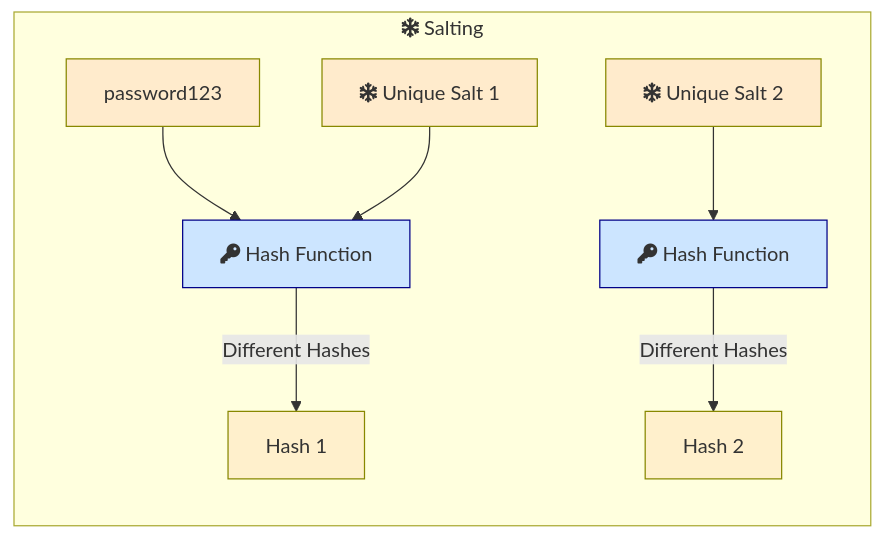
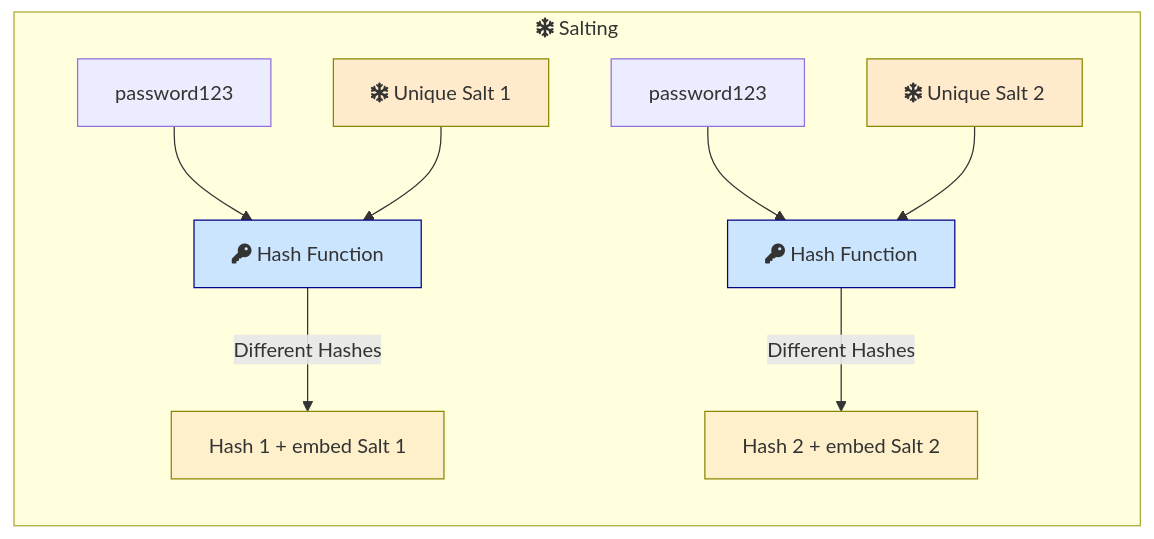
Before and after one commit to kelvin-bz/blog: the fourth of 11 diagrams in _posts/2024-06-30-password-hashing.md, drawn with Mermaid. The commit also changed other lines of this file, not shown here.

````diff
--- a/_posts/2024-06-30-password-hashing.md
+++ b/_posts/2024-06-30-password-hashing.md
@@ -73,23 +73,22 @@
 ```mermaid
 graph LR
 subgraph salting["fa:fa-snowflake Salting"]
     password["password123"]
     salt1["fa:fa-snowflake Unique Salt 1"]
     salt2["fa:fa-snowflake Unique Salt 2"]
 
     password --> hashFunction1["fa:fa-key Hash Function"]
     salt1 --> hashFunction1
-    salt2 --> hashFunction2["fa:fa-key Hash Function"]
+    password1["password123"] & salt2 --> hashFunction2["fa:fa-key Hash Function"]
 
-    hashFunction1 -->|"Different Hashes"| hashOutput1["Hash 1"]
-    hashFunction2 -->|"Different Hashes"| hashOutput2["Hash 2"]
+    hashFunction1 -->|"Different Hashes"| hashOutput1["Hash 1 + embed Salt 1"]
+    hashFunction2 -->|"Different Hashes"| hashOutput2["Hash 2 + embed Salt 2"]
 end
 
-style password fill:#ffebcc,stroke:#880
 style salt1 fill:#ffebcc,stroke:#880
 style salt2 fill:#ffebcc,stroke:#880
 style hashFunction1 fill:#cce5ff,stroke:#008
 style hashFunction2 fill:#cce5ff,stroke:#008
 style hashOutput1 fill:#fff0cc,stroke:#880
 style hashOutput2 fill:#fff0cc,stroke:#880
 ```
````
